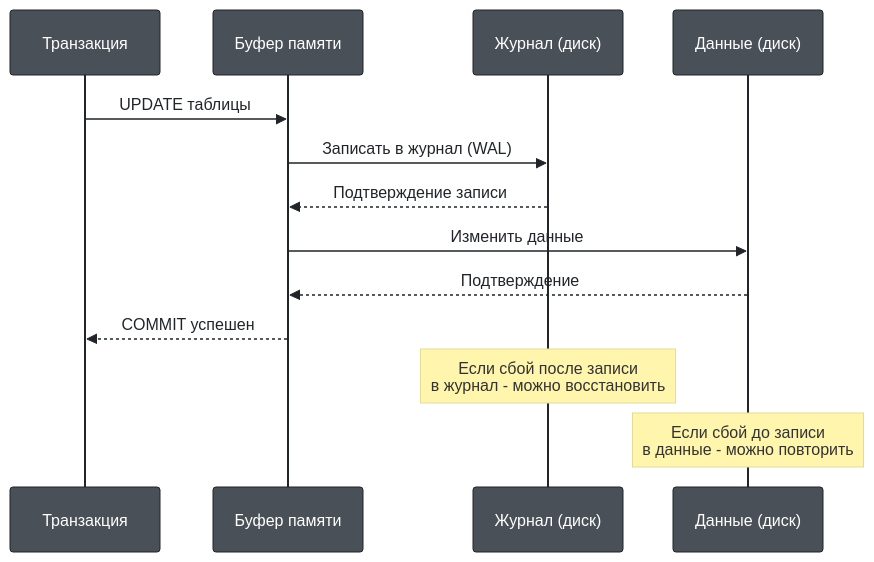
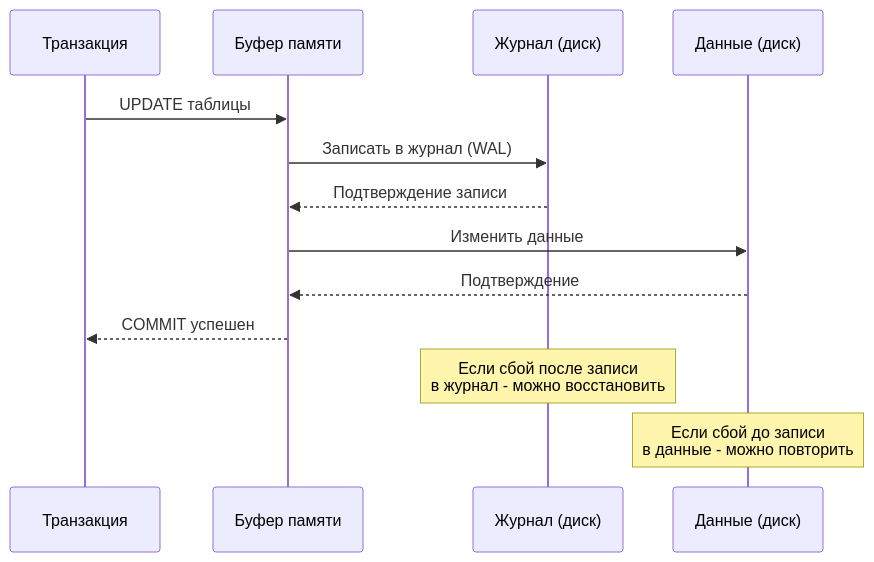
Diagram 13 of 23 in db_exam.md (alx314vo/db_exam), drawn with Mermaid before and after one commit. The commit also changed other lines of this file and 1 other file, not shown here.

````diff
--- a/db_exam.md
+++ b/db_exam.md
@@ -651,18 +600,17 @@
 ```mermaid
-%%{init: {'theme':'base', 'themeVariables': {'primaryColor':'#495057','primaryTextColor':'#fff','primaryBorderColor':'#212529','lineColor':'#868e96','secondaryColor':'#6c757d','tertiaryColor':'#adb5bd','background':'#ffffff','textColor':'#212529'}}}%%
 sequenceDiagram
     participant T as Транзакция
     participant M as Буфер памяти
     participant L as Журнал (диск)
     participant D as Данные (диск)
     
     T->>M: UPDATE таблицы
     M->>L: Записать в журнал (WAL)
     L-->>M: Подтверждение записи
     M->>D: Изменить данные
     D-->>M: Подтверждение
     M-->>T: COMMIT успешен
     
     Note over L: Если сбой после записи<br/>в журнал - можно восстановить
     Note over D: Если сбой до записи<br/>в данные - можно повторить
 ```
````
